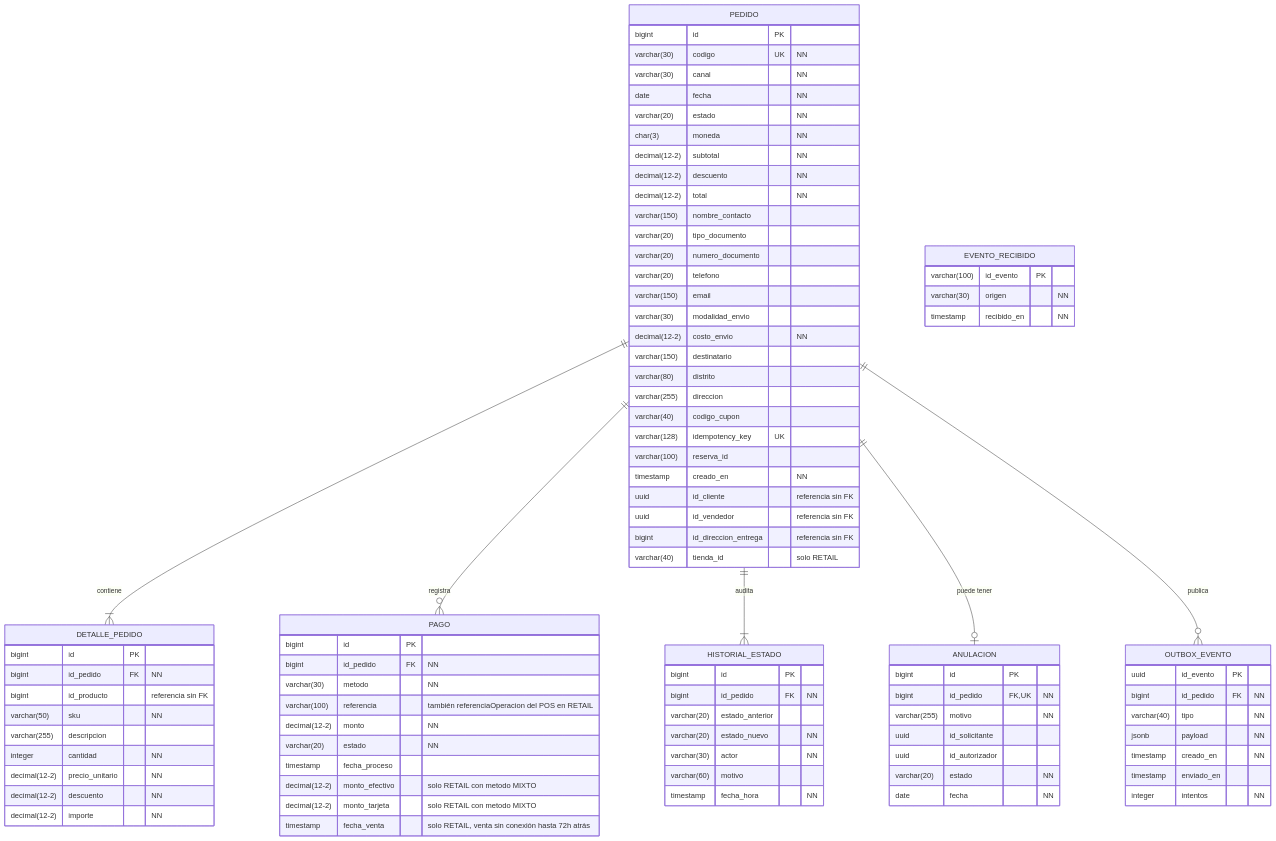
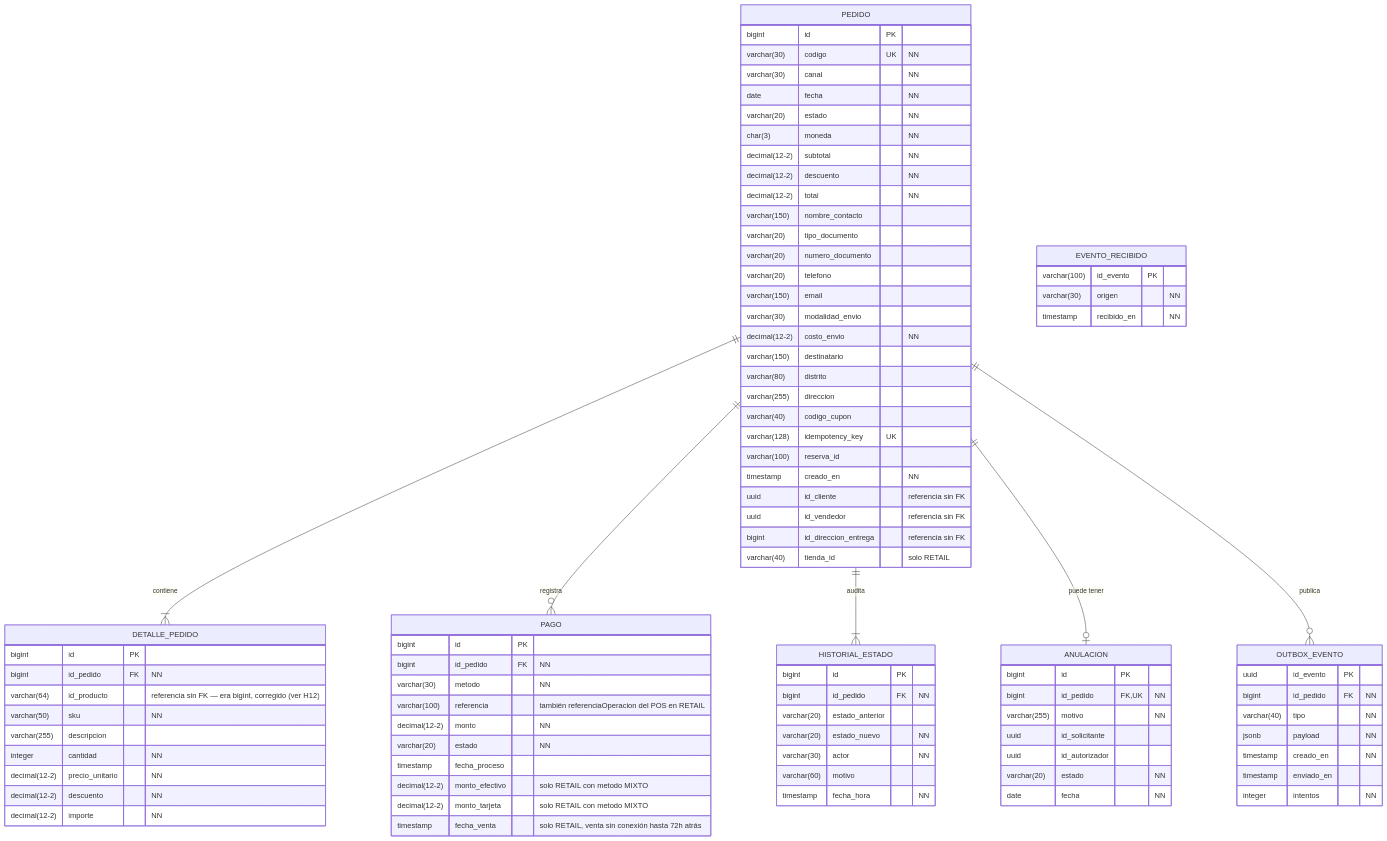
Before and after one commit to Taller-SW-Web/G5-Ventas-Postventas: the first of 2 diagrams in diseno/diagramas/bd/diagrama-logico.md, drawn with Mermaid. The commit also changed other lines of this file and 4 other files, not shown here.

```diff
--- a/diseno/diagramas/bd/diagrama-logico.md
+++ b/diseno/diagramas/bd/diagrama-logico.md
@@ -52,7 +52,7 @@
     DETALLE_PEDIDO {
         bigint id PK
         bigint id_pedido FK "NN"
-        bigint id_producto "referencia sin FK"
+        varchar(64) id_producto "referencia sin FK — era bigint, corregido (ver H12)"
         varchar(50) sku "NN"
         varchar(255) descripcion
         integer cantidad "NN"
```
